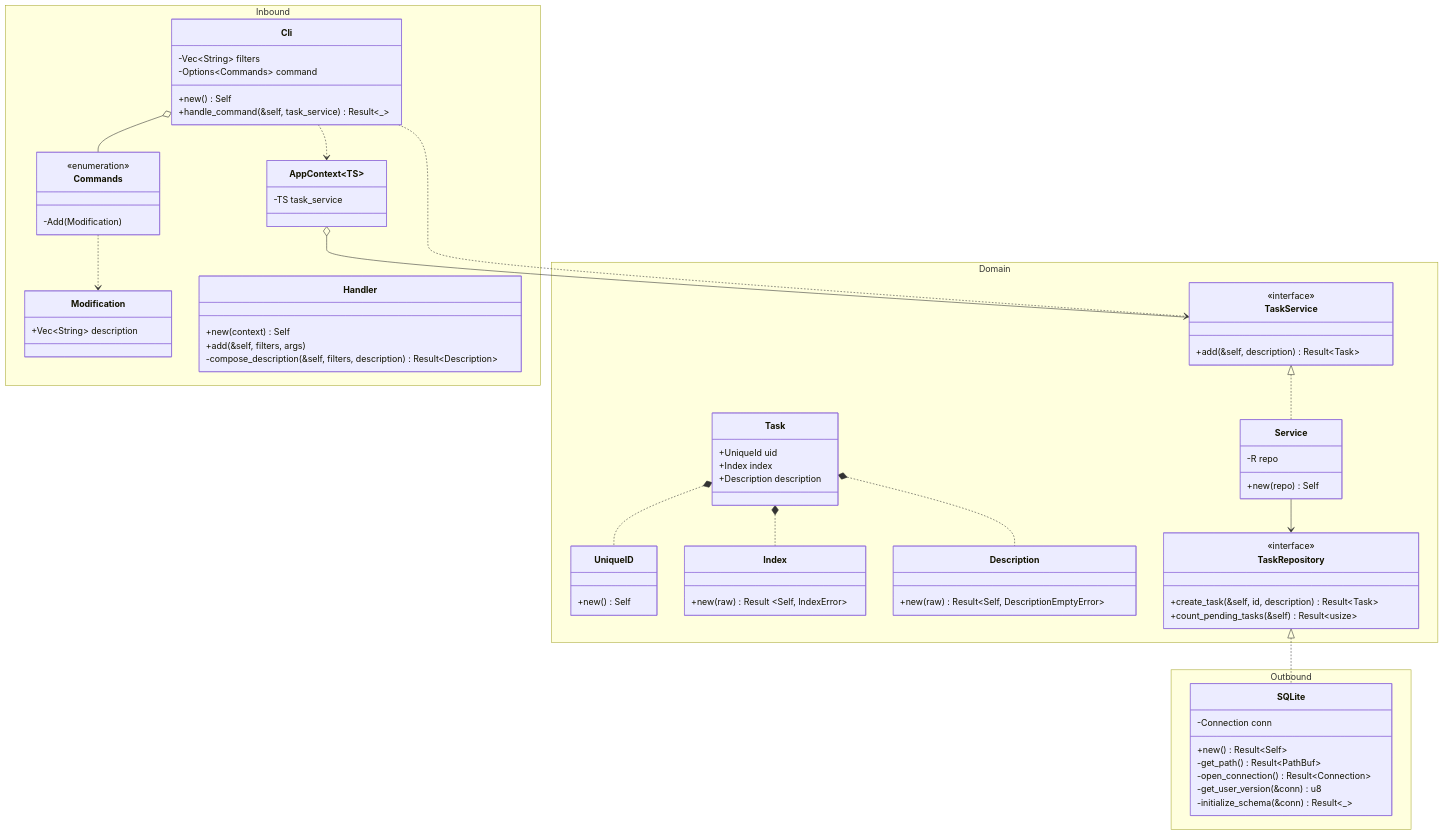
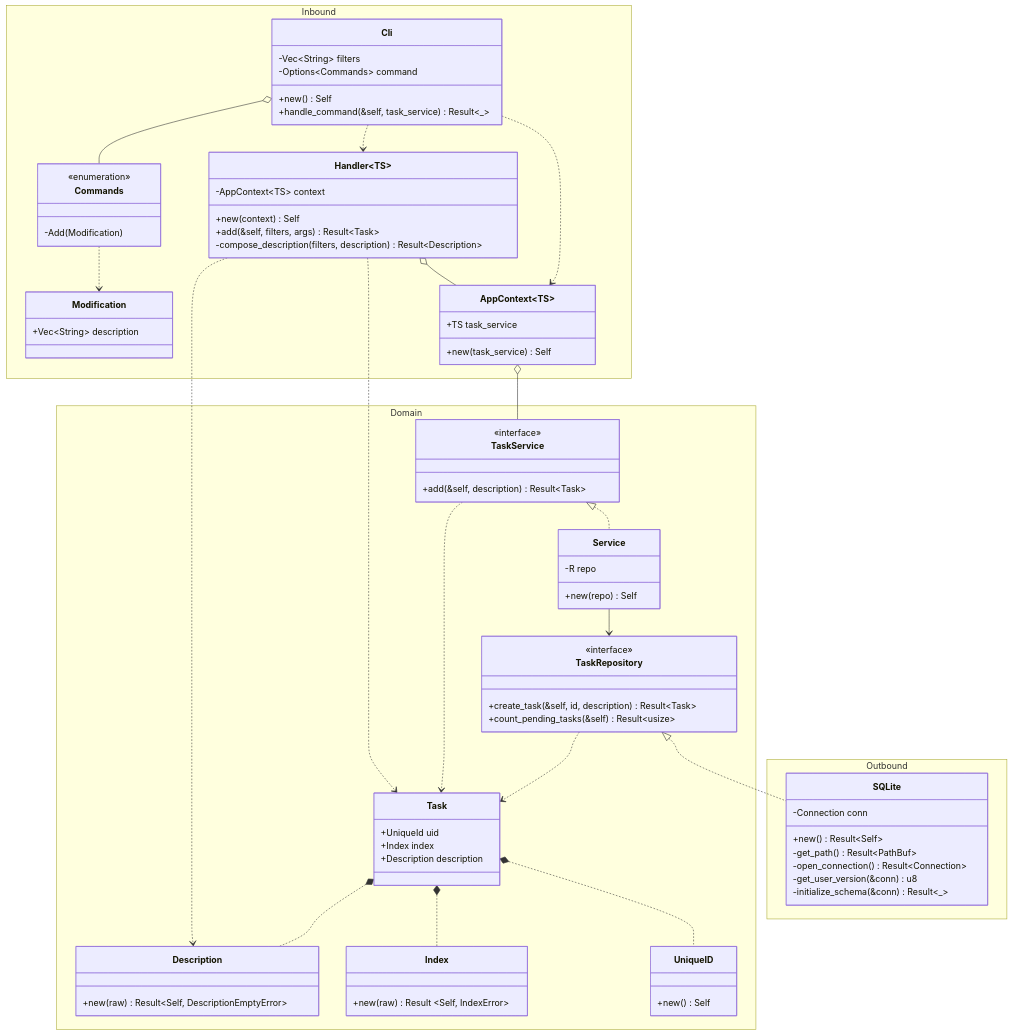
Before and after one commit to rvnkcode/dawn: the diagram in docs/class.md, drawn with Mermaid.

Commit message:
docs: updated class diagram

```diff
--- a/docs/class.md
+++ b/docs/class.md
@@ -6,12 +6,16 @@
 classDiagram
   AppContext~TS~ o-- TaskService
   Cli ..> AppContext~TS~
-  Cli ..> TaskService
+  Cli ..> Handler~TS~
   Cli o-- Commands
+  Handler~TS~ o-- AppContext~TS~
+  Handler~TS~ ..> Task
+  Handler~TS~ ..> Description
   Commands ..> Modification
   namespace Inbound {
     class AppContext~TS~ {
-      -TS task_service
+      +TS task_service
+      +new(task_service) Self
     }
     class Commands {
       <<enumeration>>
@@ -20,16 +24,17 @@
     class Modification {
       +Vec~String~ description
     }
+    class Handler~TS~ {
+      -AppContext~TS~ context
+      +new(context) Self
+      +add(&self, filters, args) Result~Task~
+      -compose_description(filters, description) Result~Description~
+    }
     class Cli {
       -Vec~String~ filters
       -Options~Commands~ command
       +new() Self
       +handle_command(&self, task_service) Result~_~
-    }
-    class Handler {
-      +new(context) Self
-      +add(&self, filters, args)
-      -compose_description(&self, filters, description) Result~Description~
     }
   }
   Task *.. UniqueID
@@ -38,6 +43,8 @@
   TaskService <|.. Service
   Service~R~ --> TaskRepository
   TaskRepository <|.. SQLite
+  TaskService ..> Task
+  TaskRepository ..> Task
   namespace Domain {
     class Description {
       +new(raw) Result~Self, DescriptionEmptyError~
```
